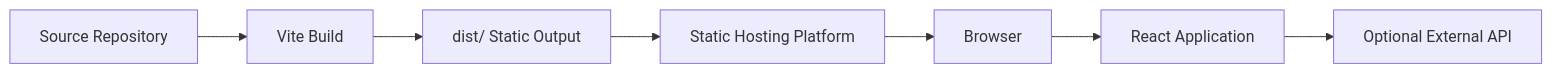
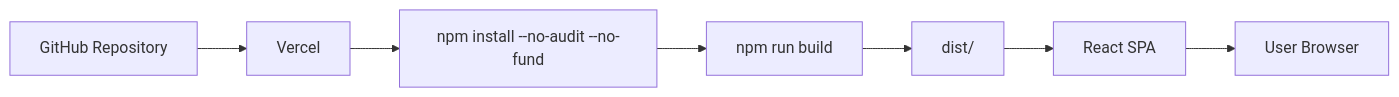
The fifth of 5 diagrams in README.md (chamanvashishth/Qubit_Lab), drawn with Mermaid before and after one commit. The commit also changed other lines of this file, not shown here.

Commit message:
docs: overhaul README for current architecture and deployment

````diff
--- a/README.md
+++ b/README.md
@@ -397,10 +478,9 @@
 ```mermaid
 flowchart LR
-    DEV[Source Repository] --> BUILD[Vite Build]
-    BUILD --> DIST[dist/ Static Output]
-    DIST --> HOST[Static Hosting Platform]
-    HOST --> USER[Browser]
-
-    USER --> APP[React Application]
-    APP --> OPTIONALAPI[Optional External API]
+    GIT[GitHub Repository] --> VERCEL[Vercel]
+    VERCEL --> INSTALL[npm install --no-audit --no-fund]
+    INSTALL --> BUILD[npm run build]
+    BUILD --> DIST[dist/]
+    DIST --> SPA[React SPA]
+    SPA --> BROWSER[User Browser]
 ```
````
